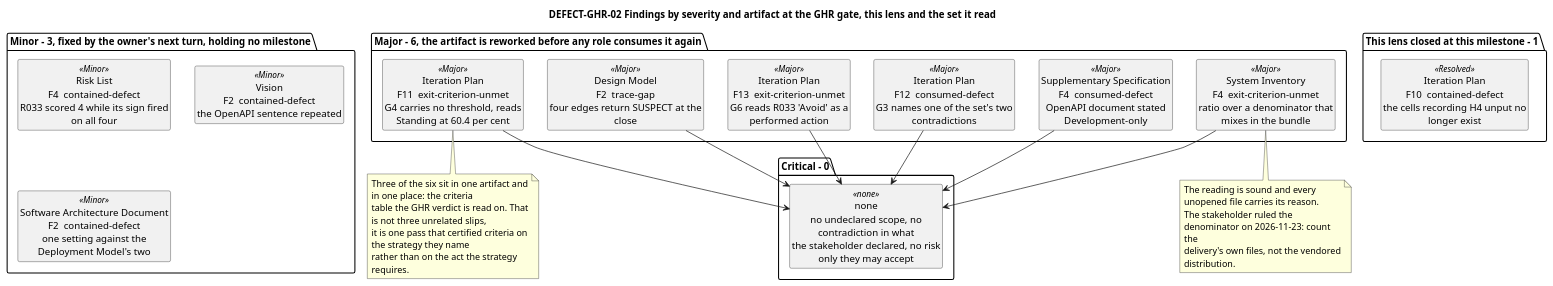
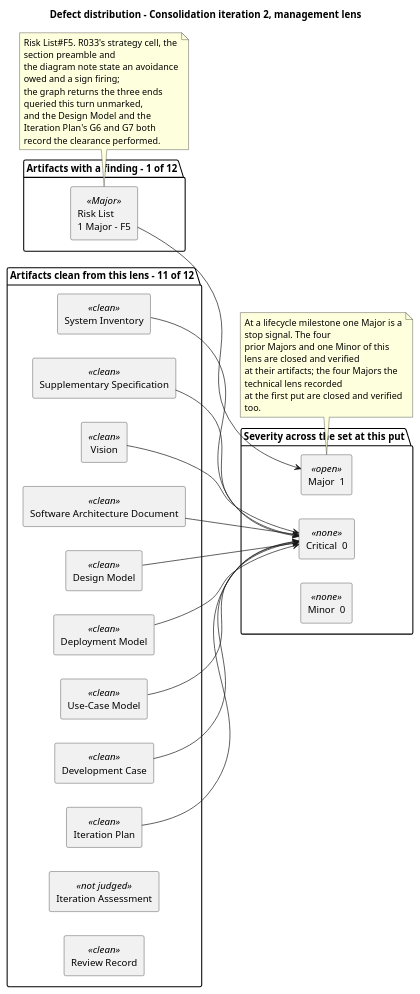
One commit to banense-test/TodoApp changed the seventh of 18 diagrams in docs/artifacts/project-management/review-record.md. Above: the diagram before and after it, drawn with PlantUML. The commit also changed other lines of this file, not shown here.

First line of the commit message:
Management Reviewer [Consolidation2]: upsert Review Record

````diff
--- a/docs/artifacts/project-management/review-record.md
+++ b/docs/artifacts/project-management/review-record.md
@@ -566,53 +563,58 @@
 ```plantuml
 @startuml
-title DEFECT-GHR-02 Findings by severity and artifact at the GHR gate, this lens and the set it read
+title Defect distribution - Consolidation iteration 2, management lens
 skinparam shadowing false
 skinparam classAttributeIconSize 0
-skinparam wrapWidth 235
-hide circle
-hide empty members
+skinparam componentStyle rectangle
+skinparam wrapWidth 230
+left to right direction
 
-package "Major - 6, the artifact is reworked before any role consumes it again" {
-  class "Iteration Plan\nF11  exit-criterion-unmet\nG4 carries no threshold, reads Standing at 60.4 per cent" as M1 <<Major>>
-  class "Iteration Plan\nF12  consumed-defect\nG3 names one of the set's two contradictions" as M2 <<Major>>
-  class "Iteration Plan\nF13  exit-criterion-unmet\nG6 reads R033 'Avoid' as a performed action" as M3 <<Major>>
-  class "Design Model\nF2  trace-gap\nfour edges return SUSPECT at the close" as M4 <<Major>>
-  class "Supplementary Specification\nF4  consumed-defect\nOpenAPI document stated Development-only" as M5 <<Major>>
-  class "System Inventory\nF4  exit-criterion-unmet\nratio over a denominator that mixes in the bundle" as M6 <<Major>>
+package "Artifacts with a finding - 1 of 12" {
+  component "Risk List\n1 Major - F5" as RL <<Major>>
+}
+package "Artifacts clean from this lens - 11 of 12" {
+  component "System Inventory" as SI <<clean>>
+  component "Supplementary Specification" as SS <<clean>>
+  component "Vision" as VI <<clean>>
+  component "Software Architecture Document" as SAD <<clean>>
+  component "Design Model" as DM <<clean>>
+  component "Deployment Model" as DEP <<clean>>
+  component "Use-Case Model" as UCM <<clean>>
+  component "Development Case" as DC <<clean>>
+  component "Iteration Plan" as IP <<clean>>
+  component "Iteration Assessment" as IA <<not judged>>
+  component "Review Record" as RR <<clean>>
 }
 
-package "Minor - 3, fixed by the owner's next turn, holding no milestone" {
-  class "Risk List\nF4  contained-defect\nR033 scored 4 while its sign fired on all four" as m1 <<Minor>>
-  class "Vision\nF2  contained-defect\nthe OpenAPI sentence repeated" as m2 <<Minor>>
-  class "Software Architecture Document\nF2  contained-defect\none setting against the Deployment Model's two" as m3 <<Minor>>
+package "Severity across the set at this put" {
+  component "Critical  0" as CR <<none>>
+  component "Major  1" as MJ <<open>>
+  component "Minor  0" as MN <<none>>
 }
 
-package "Critical - 0" {
-  class "none\nno undeclared scope, no contradiction in what\nthe stakeholder declared, no risk only they may accept" as C <<none>>
-}
+RL --> MJ
+SI --> CR
+SS --> CR
+SAD --> CR
+DM --> CR
+DEP --> CR
+UCM --> CR
+DC --> CR
+IP --> CR
+VI --> CR
 
-package "This lens closed at this milestone - 1" {
-  class "Iteration Plan\nF10  contained-defect\nthe cells recording H4 unput no longer exist" as X <<Resolved>>
-}
-
-M1 --> C
-M2 --> C
-M3 --> C
-M4 --> C
-M5 --> C
-M6 --> C
-
-note bottom of M1
-  Three of the six sit in one artifact and in one place: the criteria
-  table the GHR verdict is read on. That is not three unrelated slips,
-  it is one pass that certified criteria on the strategy they name
-  rather than on the act the strategy requires.
+note bottom of RL
+  Risk List#F5. R033's strategy cell, the section preamble and
+  the diagram note state an avoidance owed and a sign firing;
+  the graph returns the three ends queried this turn unmarked,
+  and the Design Model and the Iteration Plan's G6 and G7 both
+  record the clearance performed.
 end note
-note bottom of M6
-  The reading is sound and every unopened file carries its reason.
-  The stakeholder ruled the denominator on 2026-11-23: count the
-  delivery's own files, not the vendored distribution.
+note bottom of MJ
+  At a lifecycle milestone one Major is a stop signal. The four
+  prior Majors and one Minor of this lens are closed and verified
+  at their artifacts; the four Majors the technical lens recorded
+  at the first put are closed and verified too.
 end note
-
 @enduml
 ```
````
